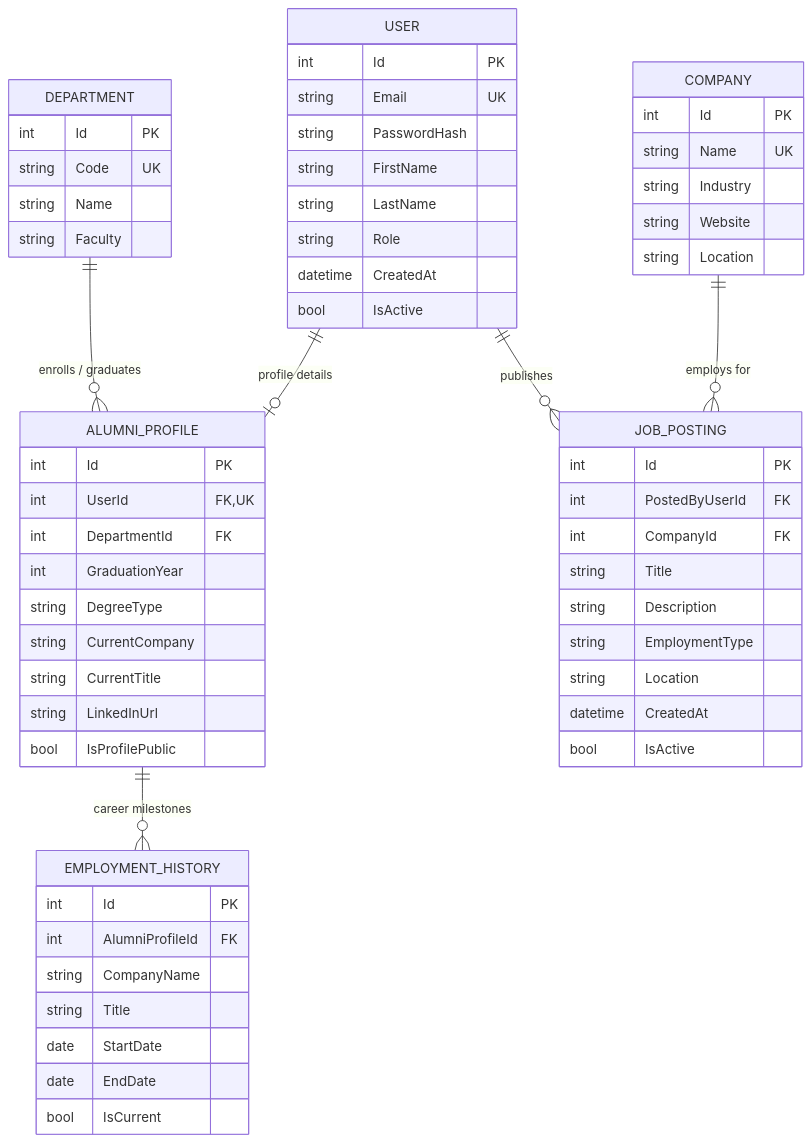
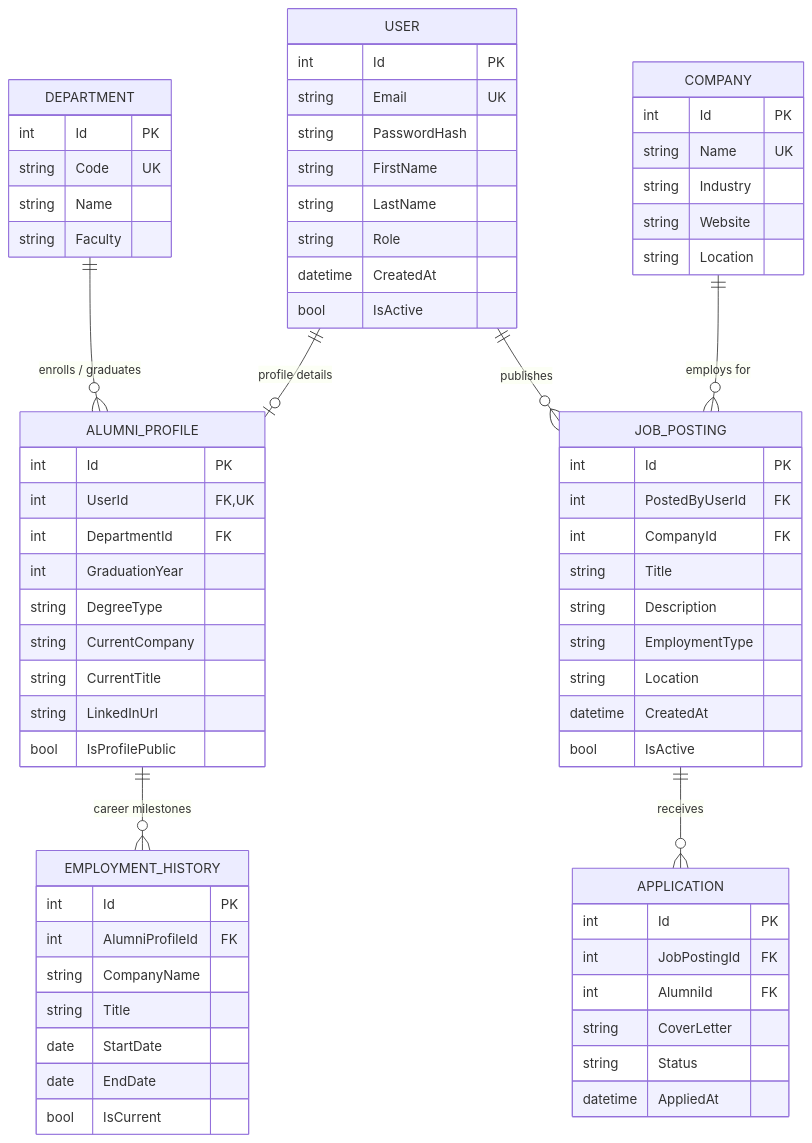
Before and after one commit to alibarantc/alumni: the diagram in ddd.md, drawn with Mermaid. The commit also changed other lines of this file and 8 other files, not shown here.

````diff
--- a/ddd.md
+++ b/ddd.md
@@ -31,68 +31,78 @@
 ```mermaid
 erDiagram
     DEPARTMENT ||--o{ ALUMNI_PROFILE : "enrolls / graduates"
     USER ||--o| ALUMNI_PROFILE : "profile details"
     USER ||--o{ JOB_POSTING : "publishes"
     COMPANY ||--o{ JOB_POSTING : "employs for"
     ALUMNI_PROFILE ||--o{ EMPLOYMENT_HISTORY : "career milestones"
+    JOB_POSTING ||--o{ APPLICATION : "receives"
 
     USER {
         int Id PK
         string Email UK
         string PasswordHash
         string FirstName
         string LastName
         string Role
         datetime CreatedAt
         bool IsActive
     }
 
     DEPARTMENT {
         int Id PK
         string Code UK
         string Name
         string Faculty
     }
 
     ALUMNI_PROFILE {
         int Id PK
         int UserId FK,UK
         int DepartmentId FK
         int GraduationYear
         string DegreeType
         string CurrentCompany
         string CurrentTitle
         string LinkedInUrl
         bool IsProfilePublic
     }
 
     EMPLOYMENT_HISTORY {
         int Id PK
         int AlumniProfileId FK
         string CompanyName
         string Title
         date StartDate
         date EndDate
         bool IsCurrent
     }
 
     COMPANY {
         int Id PK
         string Name UK
         string Industry
         string Website
         string Location
     }
 
     JOB_POSTING {
         int Id PK
         int PostedByUserId FK
         int CompanyId FK
         string Title
         string Description
         string EmploymentType
         string Location
         datetime CreatedAt
         bool IsActive
     }
+
+    APPLICATION {
+        int Id PK
+        int JobPostingId FK
+        int AlumniId FK
+        string CoverLetter
+        string Status
+        datetime AppliedAt
+    }
 ```
````
